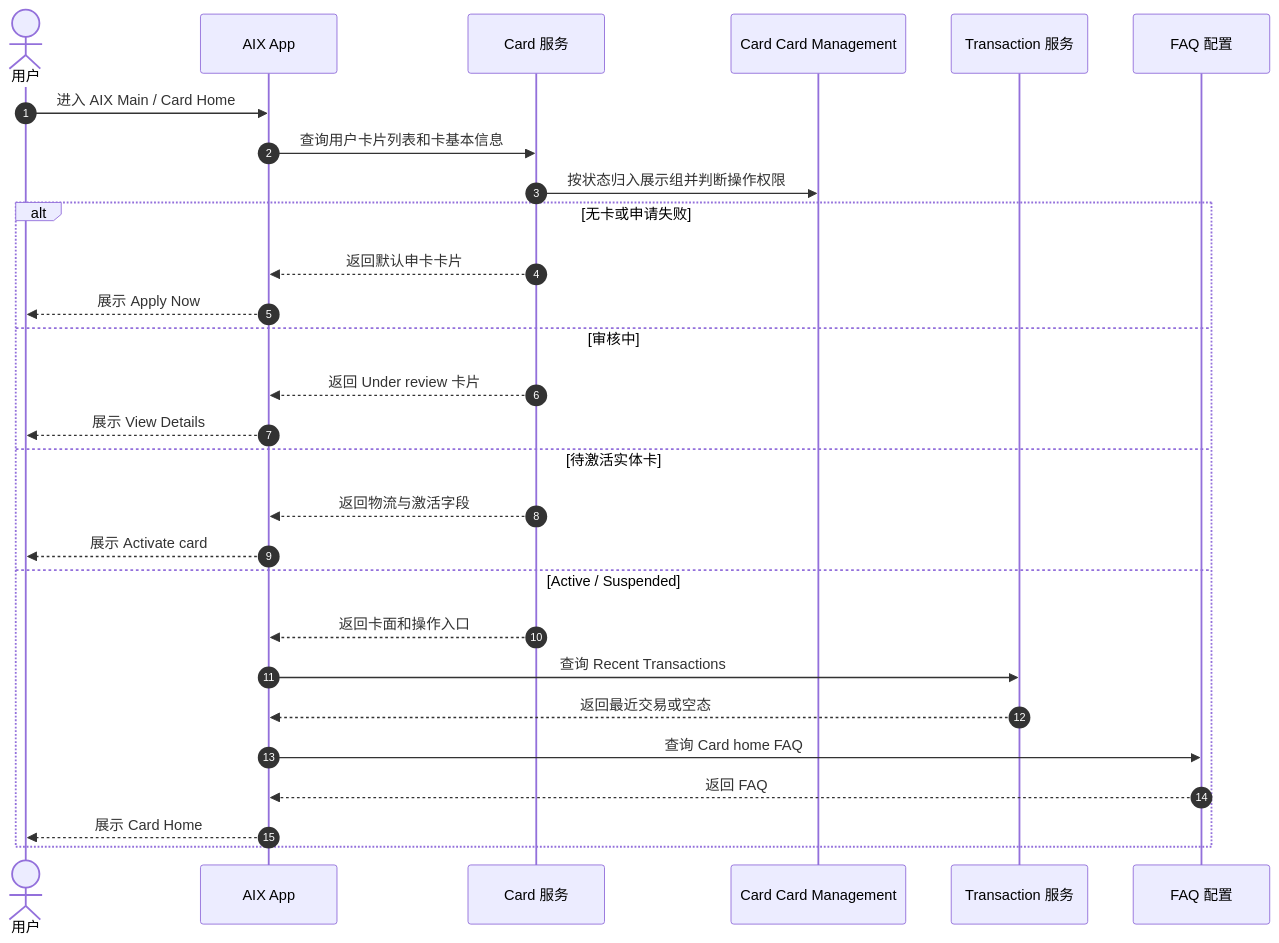
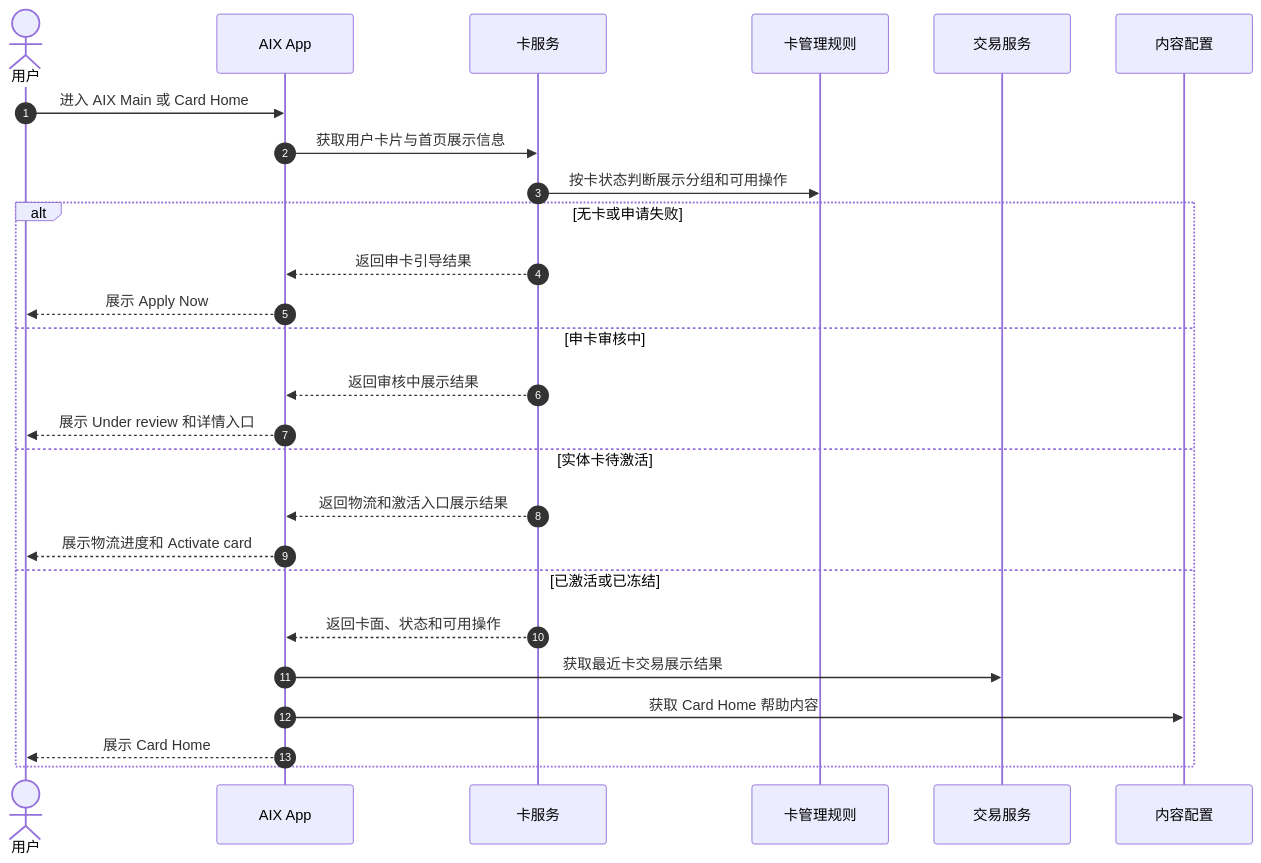
The first of 2 diagrams in knowledge-base/card/card-home.md (kelvin381539960-cyber/prd-for-ai), drawn with Mermaid before and after one commit. The commit also changed other lines of this file, not shown here.

Commit message:
Make card home diagrams business-oriented and fix mermaid node

````diff
--- a/knowledge-base/card/card-home.md
+++ b/knowledge-base/card/card-home.md
@@ -68,31 +68,29 @@
 ```mermaid
 sequenceDiagram
     autonumber
     actor 用户
     participant App as AIX App
-    participant Card as Card 服务
-    participant Status as Card Card Management
-    participant Txn as Transaction 服务
-    participant FAQ as FAQ 配置
+    participant Card as 卡服务
+    participant Manage as 卡管理规则
+    participant Transaction as 交易服务
+    participant Content as 内容配置
 
-    用户->>App: 进入 AIX Main / Card Home
-    App->>Card: 查询用户卡片列表和卡基本信息
-    Card->>Status: 按状态归入展示组并判断操作权限
+    用户->>App: 进入 AIX Main 或 Card Home
+    App->>Card: 获取用户卡片与首页展示信息
+    Card->>Manage: 按卡状态判断展示分组和可用操作
     alt 无卡或申请失败
-        Card-->>App: 返回默认申卡卡片
+        Card-->>App: 返回申卡引导结果
         App-->>用户: 展示 Apply Now
-    else 审核中
-        Card-->>App: 返回 Under review 卡片
-        App-->>用户: 展示 View Details
-    else 待激活实体卡
-        Card-->>App: 返回物流与激活字段
-        App-->>用户: 展示 Activate card
-    else Active / Suspended
-        Card-->>App: 返回卡面和操作入口
-        App->>Txn: 查询 Recent Transactions
-        Txn-->>App: 返回最近交易或空态
-        App->>FAQ: 查询 Card home FAQ
-        FAQ-->>App: 返回 FAQ
+    else 申卡审核中
+        Card-->>App: 返回审核中展示结果
+        App-->>用户: 展示 Under review 和详情入口
+    else 实体卡待激活
+        Card-->>App: 返回物流和激活入口展示结果
+        App-->>用户: 展示物流进度和 Activate card
+    else 已激活或已冻结
+        Card-->>App: 返回卡面、状态和可用操作
+        App->>Transaction: 获取最近卡交易展示结果
+        App->>Content: 获取 Card Home 帮助内容
         App-->>用户: 展示 Card Home
     end
 ```
````
